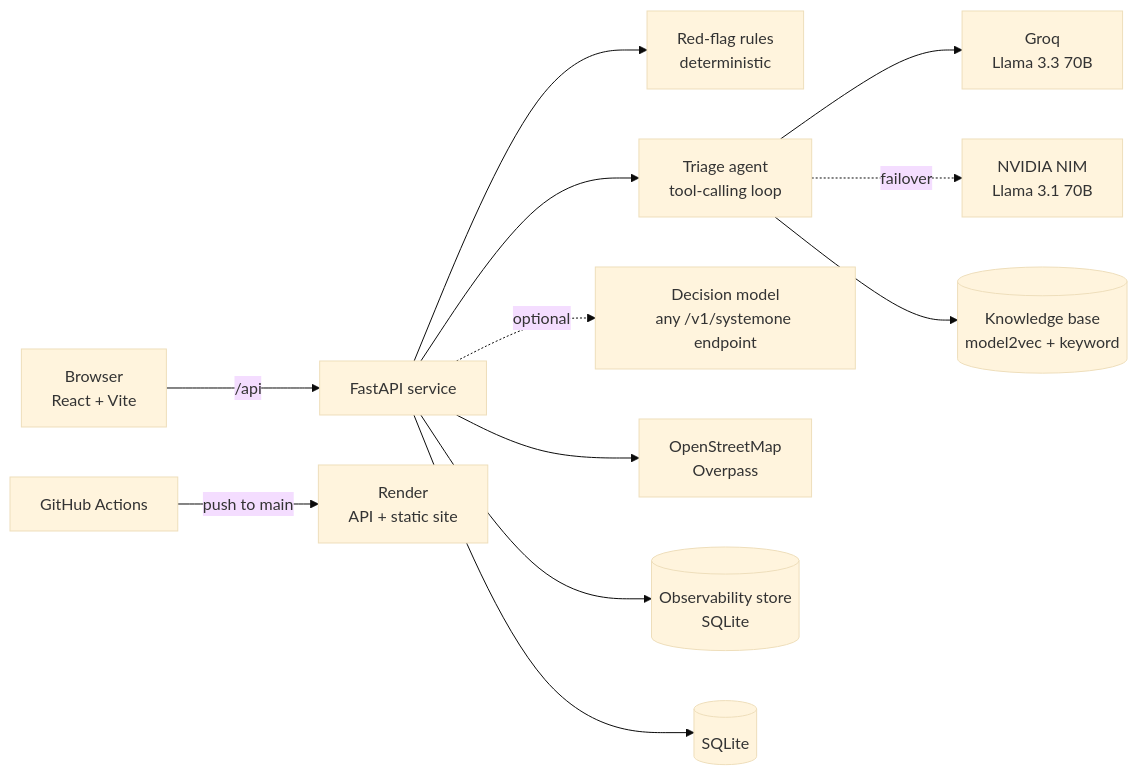
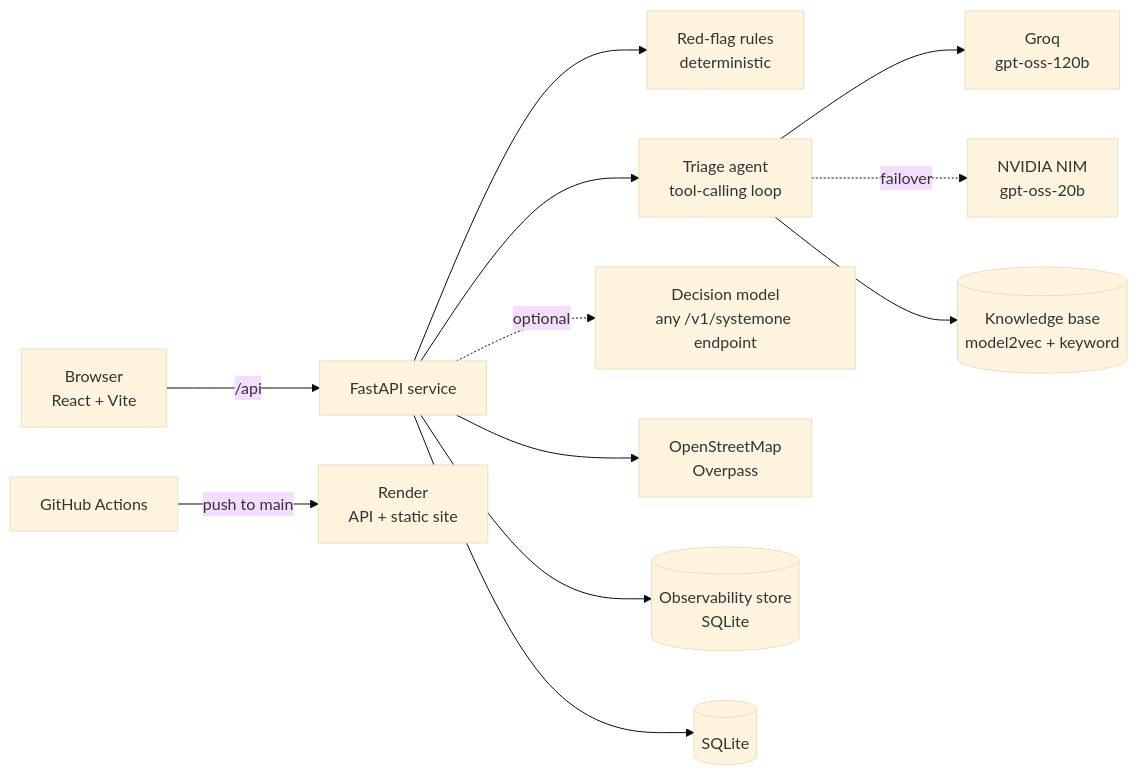
One commit to Asha0509/HealthCare changed the fourth of 4 diagrams in README.md. Above: the diagram before and after it, drawn with Mermaid (base theme). The commit also changed other lines of this file, not shown here.

````diff
--- a/README.md
+++ b/README.md
@@ -246,14 +253,14 @@
 ```mermaid
 flowchart LR
     U[Browser<br/>React + Vite] -->|/api| API[FastAPI service]
     API --> RULES[Red-flag rules<br/>deterministic]
     API --> AGENT[Triage agent<br/>tool-calling loop]
-    AGENT --> LLM1[Groq<br/>Llama 3.3 70B]
-    AGENT -. failover .-> LLM2[NVIDIA NIM<br/>Llama 3.1 70B]
+    AGENT --> LLM1[Groq<br/>gpt-oss-120b]
+    AGENT -. failover .-> LLM2[NVIDIA NIM<br/>gpt-oss-20b]
     AGENT --> KB[(Knowledge base<br/>model2vec + keyword)]
     API -. optional .-> DM[Decision model<br/>any /v1/systemone endpoint]
     API --> OSM[OpenStreetMap<br/>Overpass]
     API --> OBS[(Observability store<br/>SQLite)]
     API --> DB[(SQLite)]
     CI[GitHub Actions] -->|push to main| R[Render<br/>API + static site]
 ```
````
